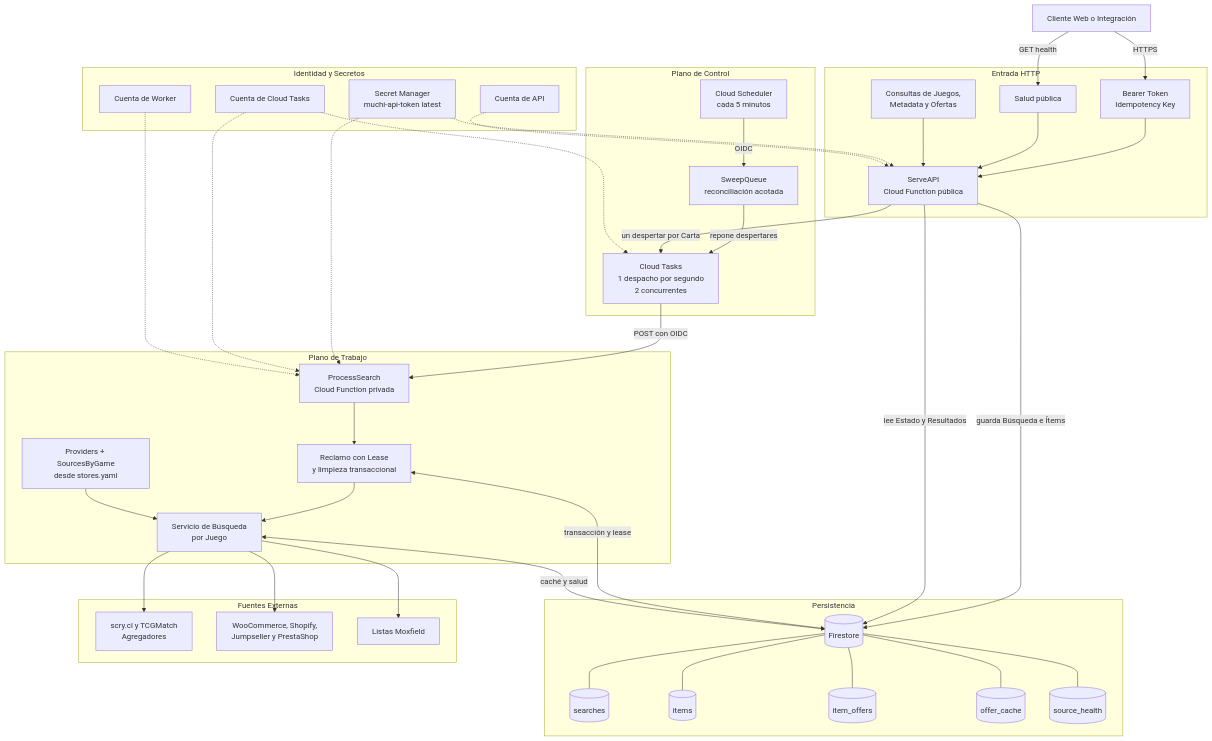
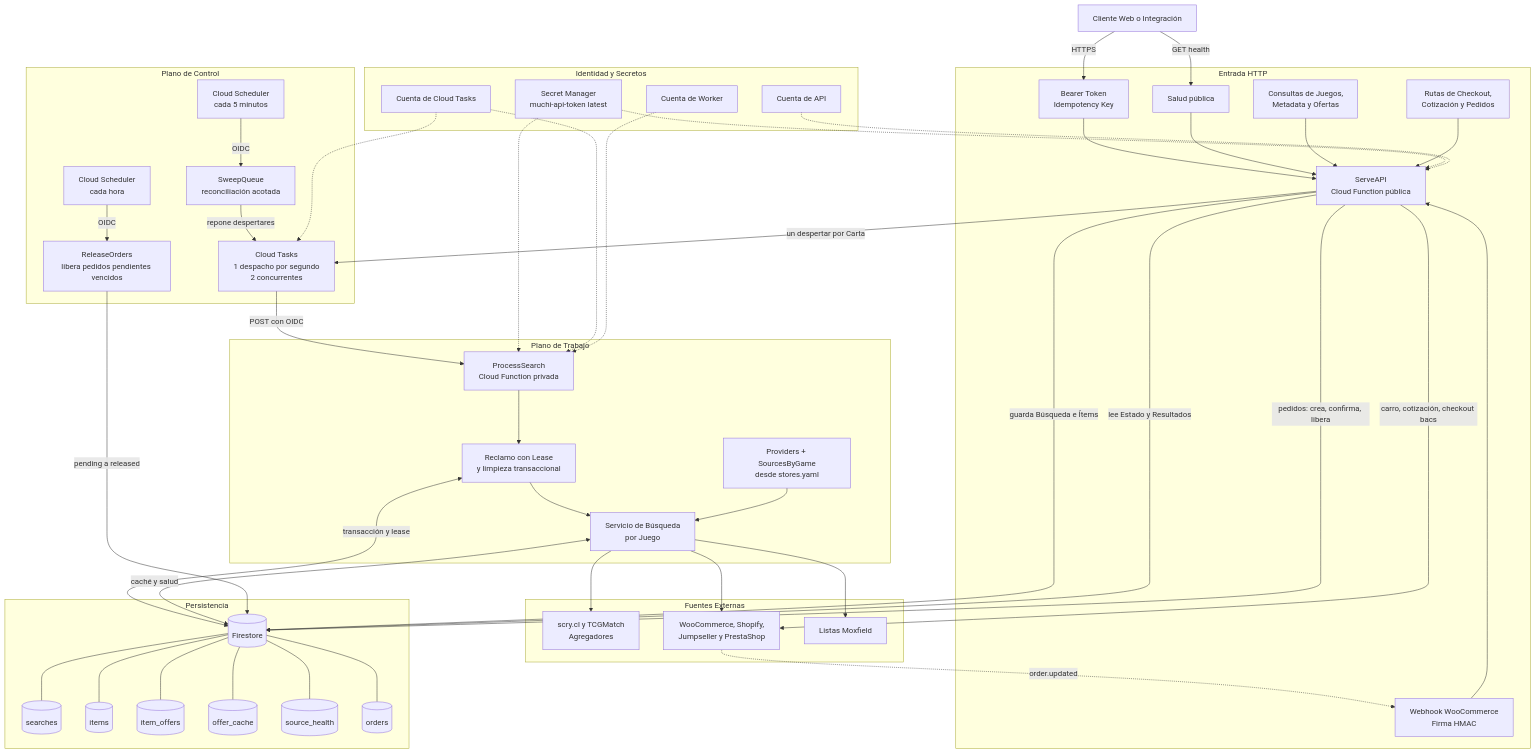
One commit to metaliaw/muchi changed the first of 4 diagrams in backend/docs/architecture.es.md. Above: the diagram before and after it, drawn with Mermaid. The commit also changed other lines of this file and 1 other file, not shown here.

Commit message:
Draw the purchase flow in the architecture docs

````diff
--- a/backend/docs/architecture.es.md
+++ b/backend/docs/architecture.es.md
@@ -39,9 +39,13 @@
         auth[Bearer Token<br/>Idempotency Key]
         health[Salud pública]
       cards[Consultas de Juegos,<br/>Metadata y Ofertas]
+      purchase[Rutas de Checkout,<br/>Cotización y Pedidos]
+        hook[Webhook WooCommerce<br/>Firma HMAC]
         auth --> api
         health --> api
       cards --> api
+      purchase --> api
+        hook --> api
     end
 
     subgraph control[Plano de Control]
@@ -50,6 +54,9 @@
         sweeper[SweepQueue<br/>reconciliación acotada]
         scheduler -->|OIDC| sweeper
         sweeper -->|repone despertares| tasks
+        hourly[Cloud Scheduler<br/>cada hora]
+        releaser[ReleaseOrders<br/>libera pedidos pendientes vencidos]
+        hourly -->|OIDC| releaser
     end
 
     subgraph work[Plano de Trabajo]
@@ -68,11 +75,13 @@
         offers[(item_offers)]
         cache[(offer_cache)]
         healthStore[(source_health)]
+        ordersStore[(orders)]
         firestore --- searches
         firestore --- items
         firestore --- offers
         firestore --- cache
         firestore --- healthStore
+        firestore --- ordersStore
     end
 
     subgraph providers[Fuentes Externas]
@@ -104,5 +113,9 @@
     taskIdentity -.-> tasks
     taskIdentity -.-> worker
     apiIdentity -.-> api
+    api -->|carro, cotización, checkout bacs| stores
+    stores -.->|order.updated| hook
+    api -->|pedidos: crea, confirma, libera| firestore
+    releaser -->|pending a released| firestore
     workerIdentity -.-> worker
 ```
````
